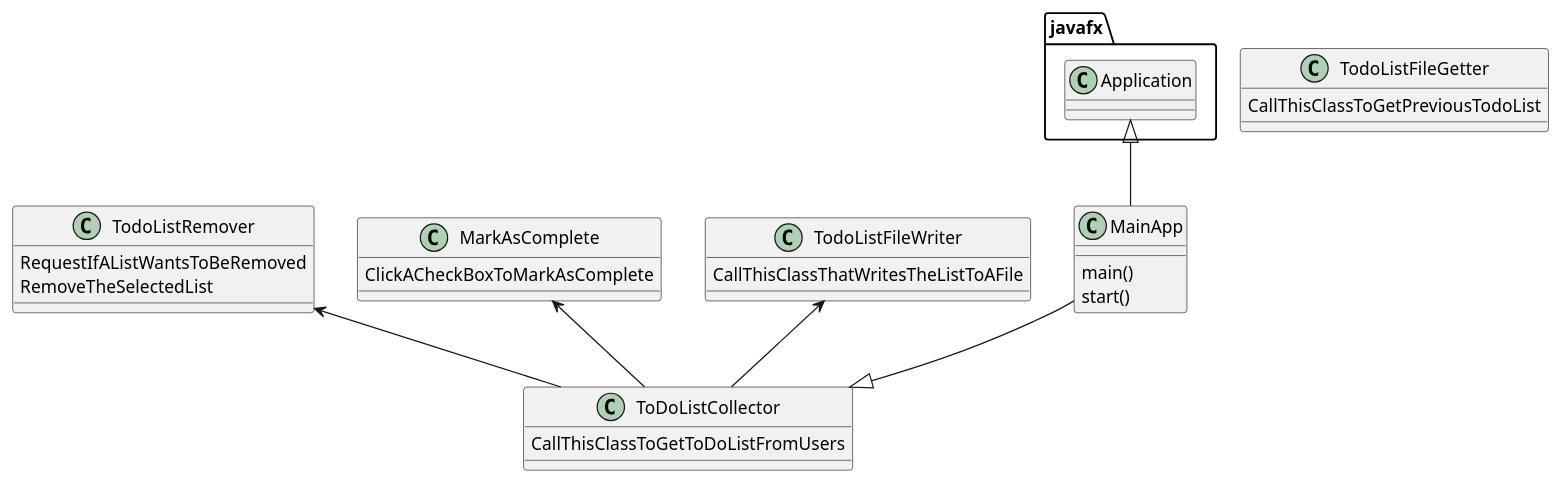
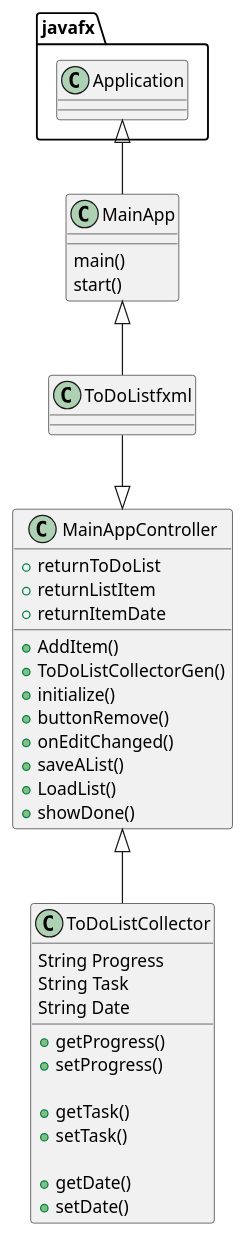
One commit to Bash259/Braimoh-cop330-Assignment4part2 changed the diagram in UML/ToDoProjectUML.puml. Above: the diagram before and after it, drawn with PlantUML. The commit also changed 18 other files, not shown here.

```diff
--- a/UML/ToDoProjectUML.puml
+++ b/UML/ToDoProjectUML.puml
@@ -1,34 +1,48 @@
 @startuml
 
 class MainApp{
     main()
     start()
 }
-class TodoListRemover{
-    RequestIfAListWantsToBeRemoved
-    RemoveTheSelectedList
+
+class ToDoListCollector{
+    String Progress
+    String Task
+    String Date
+
+    +getProgress()
+    +setProgress()
+
+    +getTask()
+    +setTask()
+
+    +getDate()
+    +setDate()
+
 }
-class MarkAsComplete{
-    ClickACheckBoxToMarkAsComplete
-}
-class TodoListFileWriter{
-    CallThisClassThatWritesTheListToAFile
-}
-class TodoListFileGetter{
-    CallThisClassToGetPreviousTodoList
-}
-class ToDoListCollector{
-    CallThisClassToGetToDoListFromUsers
+class MainAppController{
+    +returnToDoList
+    +returnListItem
+    +returnItemDate
+
+    +AddItem()
+    +ToDoListCollectorGen()
+    +initialize()
+    +buttonRemove()
+    +onEditChanged()
+    +saveAList()
+    +LoadList()
+    +showDone()
+
 }
 
 javafx.Application <|-- MainApp
 
-TodoListRemover <-- ToDoListCollector
-TodoListFileWriter <-- ToDoListCollector
-MarkAsComplete <-- ToDoListCollector
+MainApp <|-- ToDoListfxml
+ToDoListfxml --|> MainAppController
 
-MainApp --|> ToDoListCollector
+MainAppController <|-- ToDoListCollector
 
 
 
 @enduml
```
